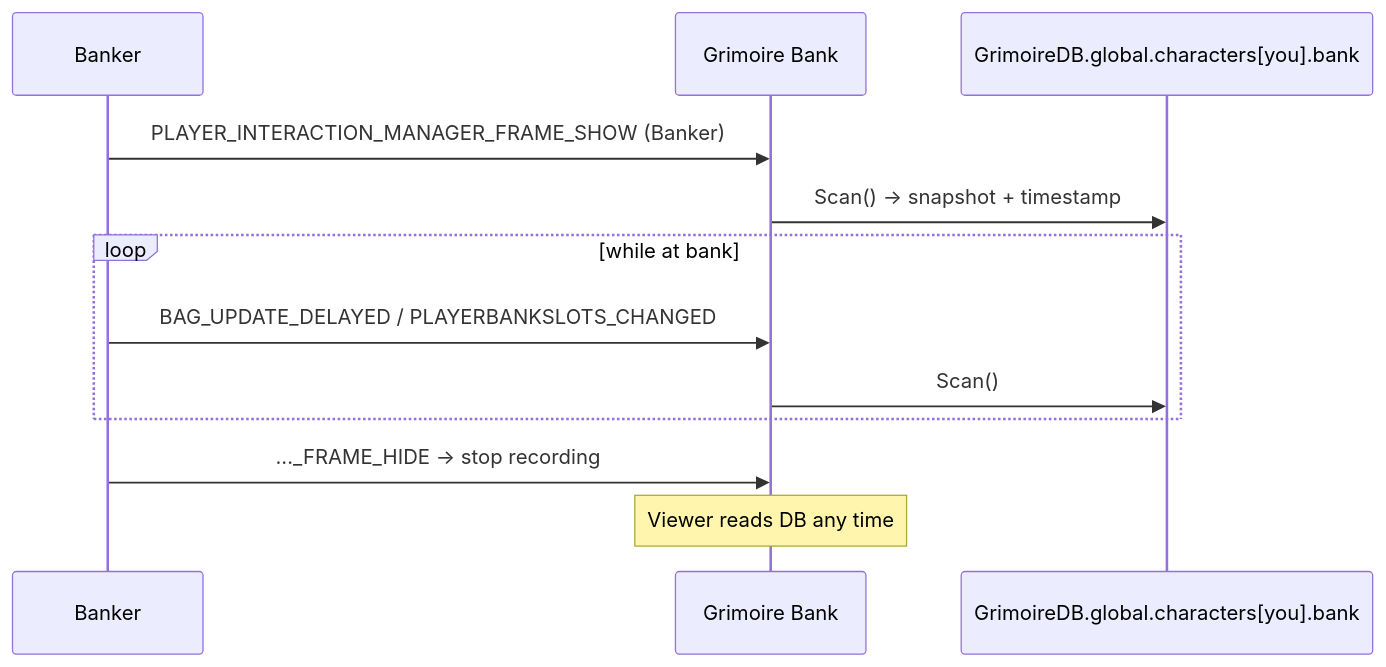
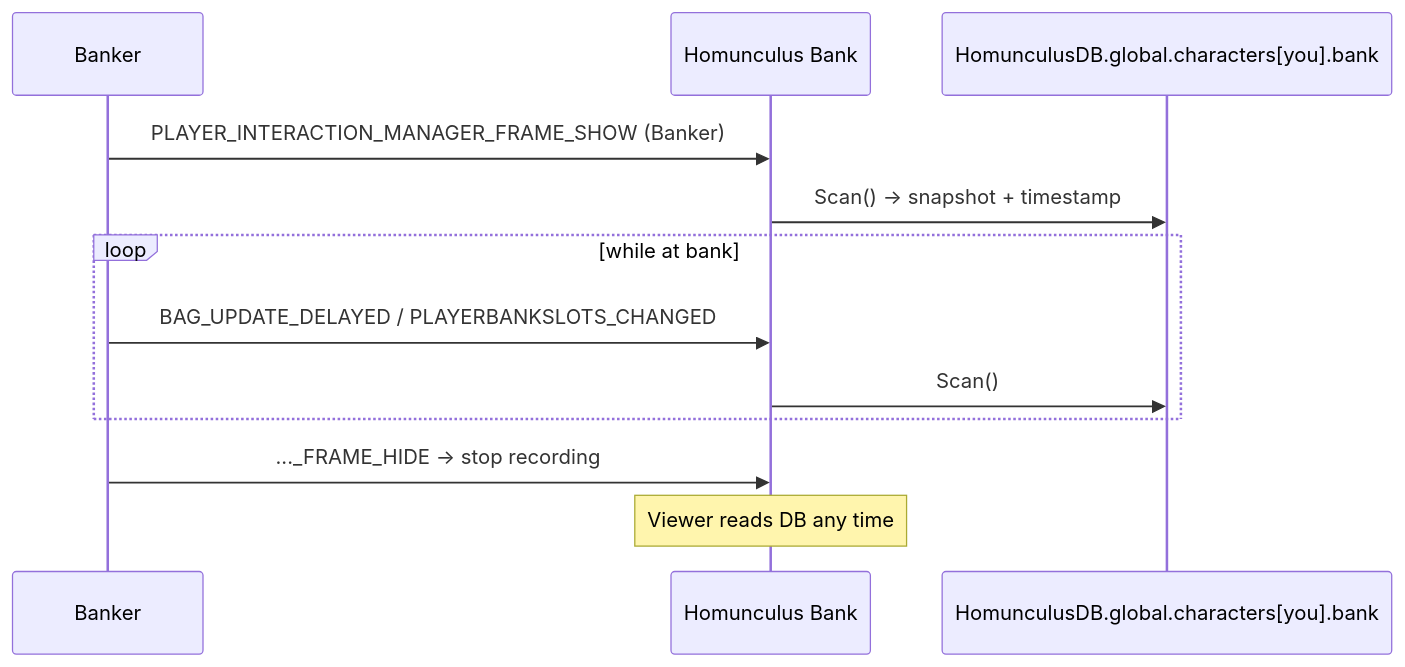
Before and after one commit to PhillypHenning/grimoire: the second of 2 diagrams in docs/features/bank/README.md, drawn with Mermaid. The commit also changed other lines of this file and 178 other files, not shown here.

First line of the commit message:
Rename the suite from Grimoire to Homunculus (ADR 0010)

````diff
--- a/docs/features/bank/README.md
+++ b/docs/features/bank/README.md
@@ -22,14 +22,14 @@
 ```mermaid
 sequenceDiagram
     participant Banker
-    participant Bank as Grimoire Bank
-    participant DB as GrimoireDB.global.characters[you].bank
+    participant Bank as Homunculus Bank
+    participant DB as HomunculusDB.global.characters[you].bank
     Banker->>Bank: PLAYER_INTERACTION_MANAGER_FRAME_SHOW (Banker)
     Bank->>DB: Scan() → snapshot + timestamp
     loop while at bank
         Banker->>Bank: BAG_UPDATE_DELAYED / PLAYERBANKSLOTS_CHANGED
         Bank->>DB: Scan()
     end
     Banker->>Bank: ..._FRAME_HIDE → stop recording
     Note over Bank: Viewer reads DB any time
 ```
````
